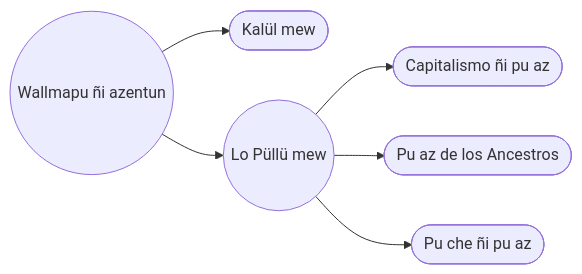
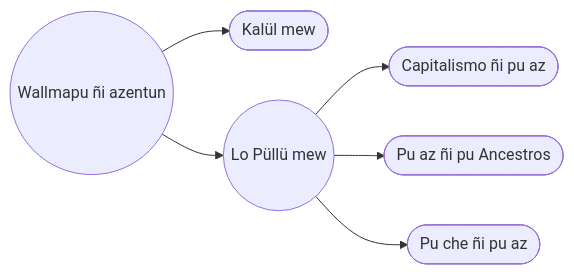
One commit to EGGS-Artesvisuales/EGGS-Artesvisuales.github.io changed the third of 3 diagrams in MPD/mundo-exterior.md. Above: the diagram before and after it, drawn with Mermaid. The commit also changed other lines of this file and 41 other files, not shown here.

```diff
--- a/MPD/mundo-exterior.md
+++ b/MPD/mundo-exterior.md
@@ -144,20 +144,20 @@
 <div class="mermaid">
 flowchart LR
   representacion((Wallmapu ñi azentun))
   tangible(["Kalül mew"])
   intangible(("Lo Püllü mew"))
 
   representacion --> tangible
   representacion --> intangible
 
   intangible --> capitalismo(["Capitalismo ñi pu az"])
-  intangible --> ancestros(["Pu az de los Ancestros"])
+  intangible --> ancestros(["Pu az ñi pu Ancestros"])
   intangible --> popular(["Pu che ñi pu az"])
 
   click representacion "/MPD/mundo-exterior.html" "Amun: Wallmapu ñi azentun"
   click tangible "/MPD/tangible.html" "Amun: Kalül mew"
   click intangible "/MPD/intangible.html" "Amun: Lo Püllü mew"
   click capitalismo "/MPD/imagenes-capitalismo.html" "Amun: Capitalismo ñi pu az"
-  click ancestros "/MPD/imagenes-ancestros.html" "Amun: Pu az de los Ancestros"
+  click ancestros "/MPD/imagenes-ancestros.html" "Amun: Pu az ñi pu Ancestros"
   click popular "/MPD/imagenes-popular.html" "Amun: Pu che ñi pu az"
 </div>
```
